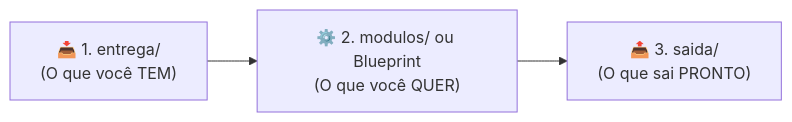
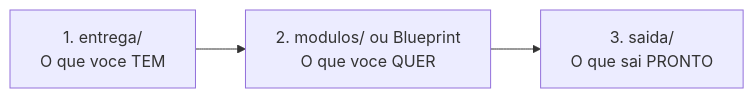
One commit to jef-prodeb01/NINHO.03 changed the diagram in documentacao/guias/GUIA_INICIAL_ENGENHEIRO.md. Above: the diagram before and after it, drawn with Mermaid. The commit also changed 11 other files, not shown here.

Commit message:
fix(docs): converte diagramas Mermaid flowchart para graph compativel com GitLab

````diff
--- a/documentacao/guias/GUIA_INICIAL_ENGENHEIRO.md
+++ b/documentacao/guias/GUIA_INICIAL_ENGENHEIRO.md
@@ -36,5 +36,5 @@
 ```mermaid
-flowchart LR
-    E["📥 1. entrega/<br/>(O que você TEM)"] --> M["⚙️ 2. modulos/ ou Blueprint<br/>(O que você QUER)"]
-    M --> S["📤 3. saida/<br/>(O que sai PRONTO)"]
+graph LR
+    E["1. entrega/<br/>O que voce TEM"] --> M["2. modulos/ ou Blueprint<br/>O que voce QUER"]
+    M --> S["3. saida/<br/>O que sai PRONTO"]
 ```
````
